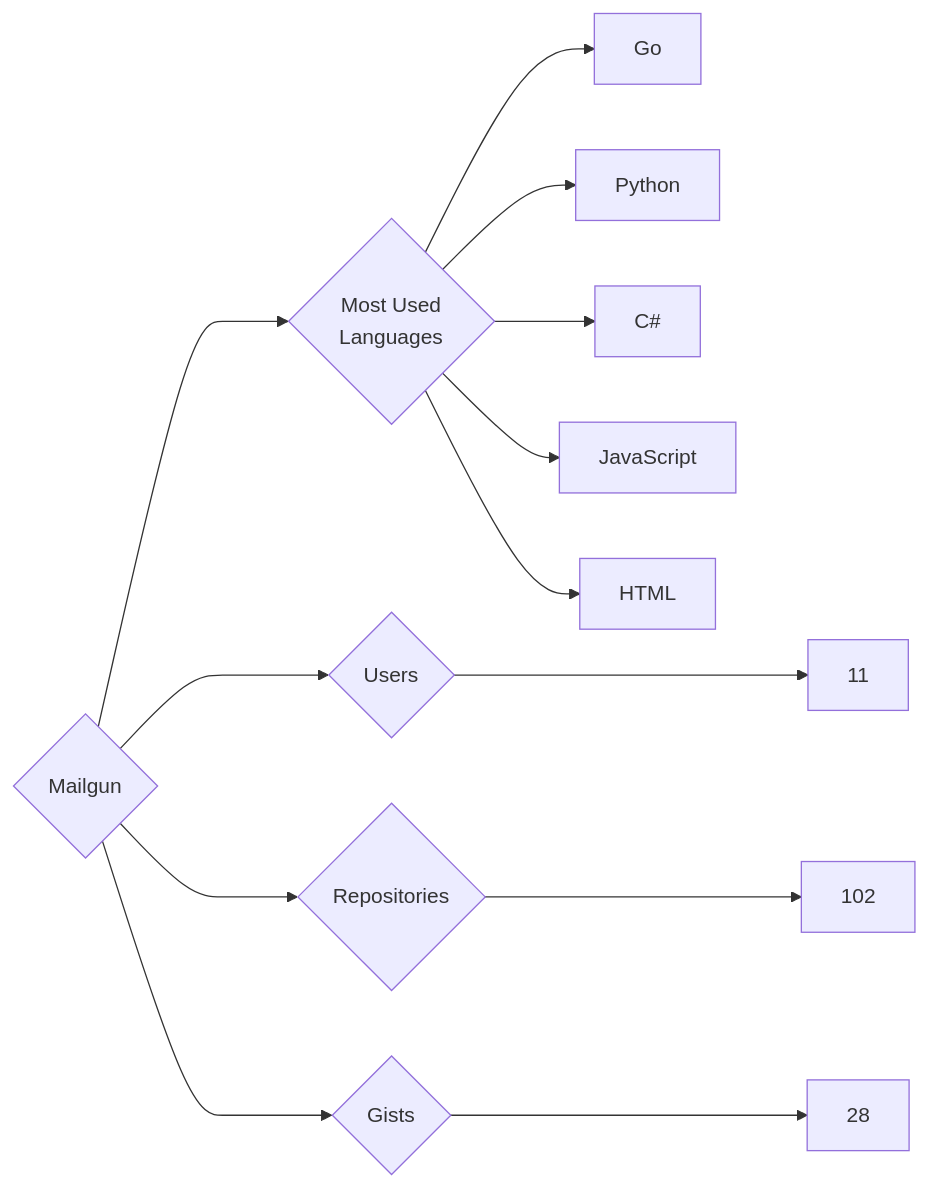
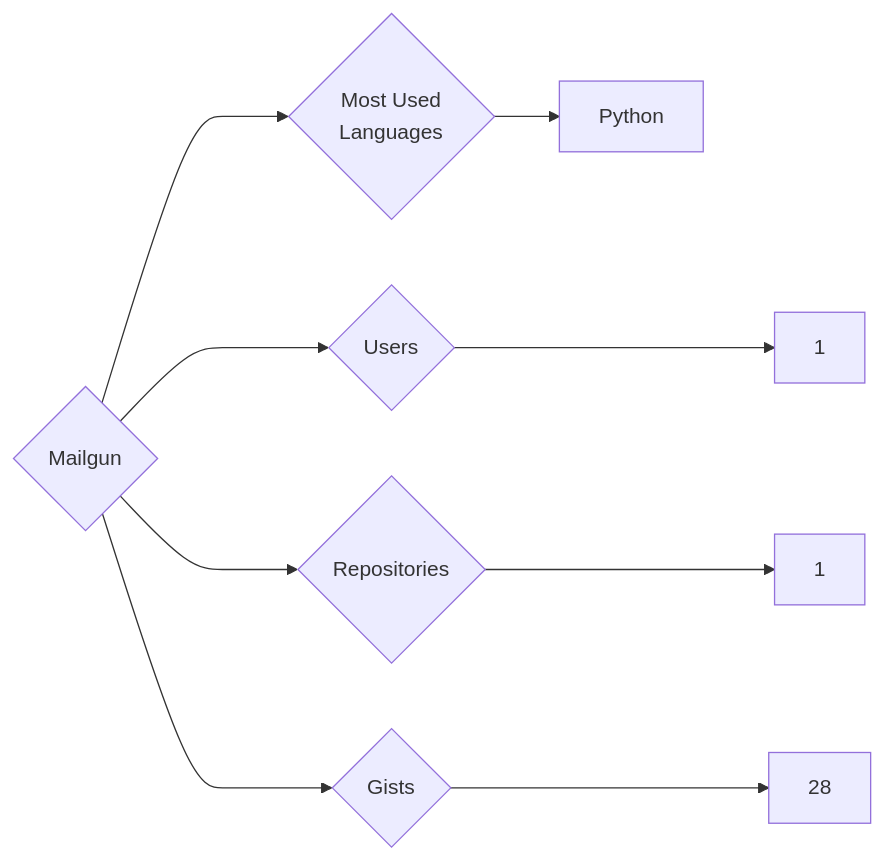
One commit to trickest/insiders changed the diagram in targets/Mailgun/README.md. Above: the diagram before and after it, drawn with Mermaid. The commit also changed 622 other files, not shown here.

````diff
--- a/targets/Mailgun/README.md
+++ b/targets/Mailgun/README.md
@@ -3,13 +3,9 @@
 ```mermaid
 graph LR
 COMPANY_NAME{Mailgun}
-COMPANY_NAME ---> U{Users} ---> UN[11]
-COMPANY_NAME ---> R{Repositories} ---> RN[102]
+COMPANY_NAME ---> U{Users} ---> UN[1]
+COMPANY_NAME ---> R{Repositories} ---> RN[1]
 COMPANY_NAME ---> G{Gists} ---> GN[28]
 COMPANY_NAME ---> ML{Most Used<br>Languages}
-ML --> Go[Go]
 ML --> Python[Python]
-ML --> C#[C#]
-ML --> JavaScript[JavaScript]
-ML --> HTML[HTML]
 ```
````
